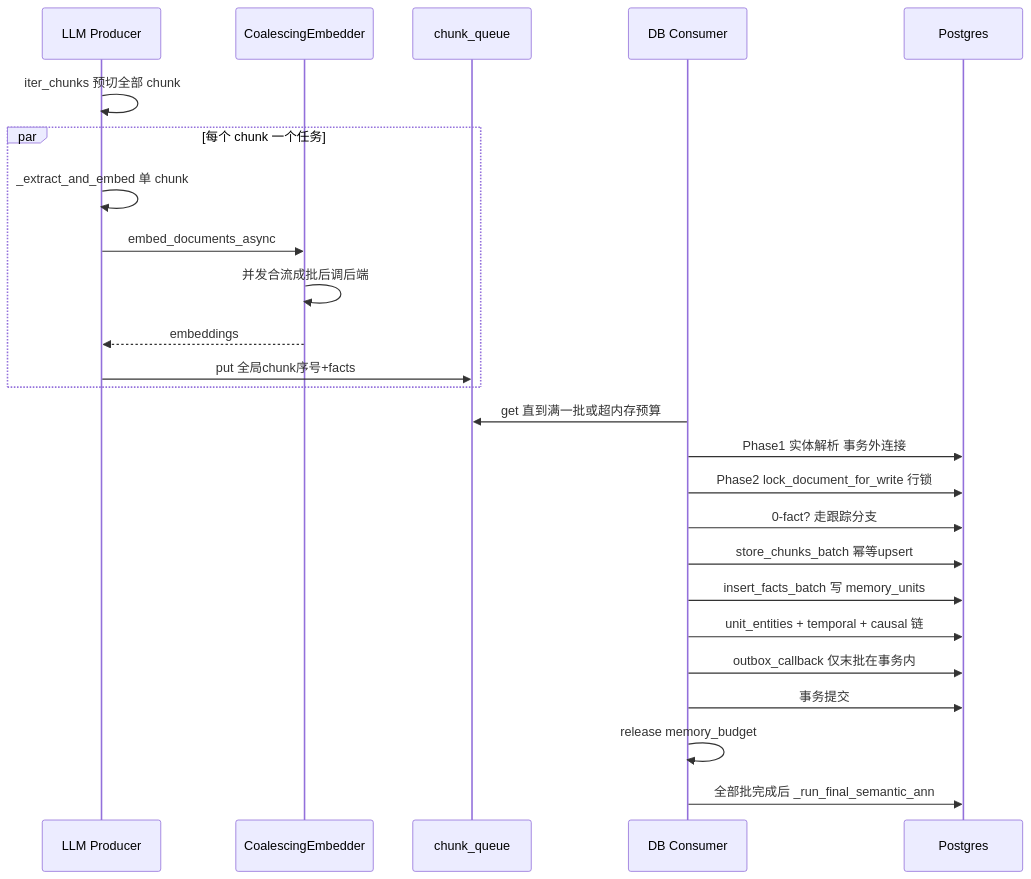
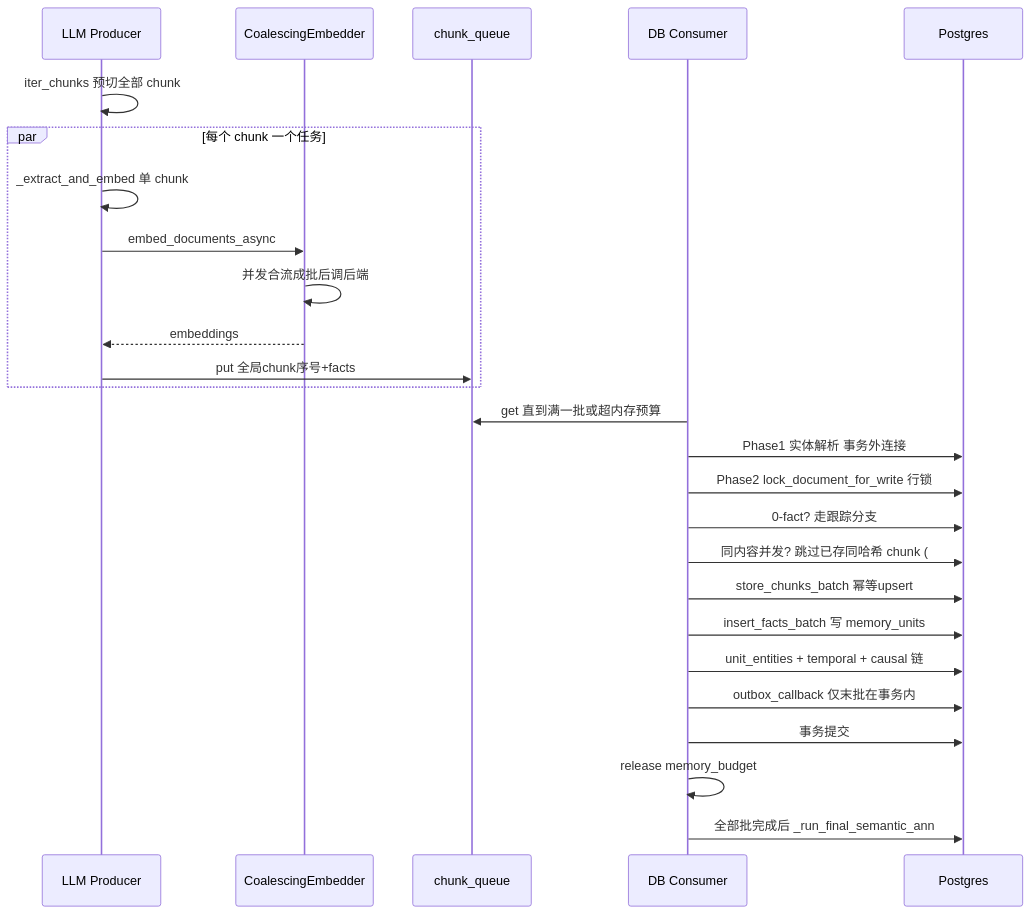
The second of 3 diagrams in docs/hindsight/source-study/02-retain-摄取管线.md (stefanv5/memory-platform-architecture), drawn with Mermaid before and after one commit. The commit also changed other lines of this file and 10 other files, not shown here.

````diff
--- a/docs/hindsight/source-study/02-retain-摄取管线.md
+++ b/docs/hindsight/source-study/02-retain-摄取管线.md
@@ -95,27 +115,28 @@
 ```mermaid
 sequenceDiagram
     participant PR as LLM Producer
     participant CE as CoalescingEmbedder
     participant Q as chunk_queue
     participant CO as DB Consumer
     participant PG as Postgres
     PR->>PR: iter_chunks 预切全部 chunk
     par 每个 chunk 一个任务
         PR->>PR: _extract_and_embed 单 chunk
         PR->>CE: embed_documents_async
         CE->>CE: 并发合流成批后调后端
         CE-->>PR: embeddings
         PR->>Q: put 全局chunk序号+facts
     end
     CO->>Q: get 直到满一批或超内存预算
     CO->>PG: Phase1 实体解析 事务外连接
     CO->>PG: Phase2 lock_document_for_write 行锁
     CO->>PG: 0-fact? 走跟踪分支
+    CO->>PG: 同内容并发? 跳过已存同哈希 chunk (#6337)
     CO->>PG: store_chunks_batch 幂等upsert
     CO->>PG: insert_facts_batch 写 memory_units
     CO->>PG: unit_entities + temporal + causal 链
     CO->>PG: outbox_callback 仅末批在事务内
     CO->>PG: 事务提交
     CO->>CO: release memory_budget
     CO->>PG: 全部批完成后 _run_final_semantic_ann
 ```
````
